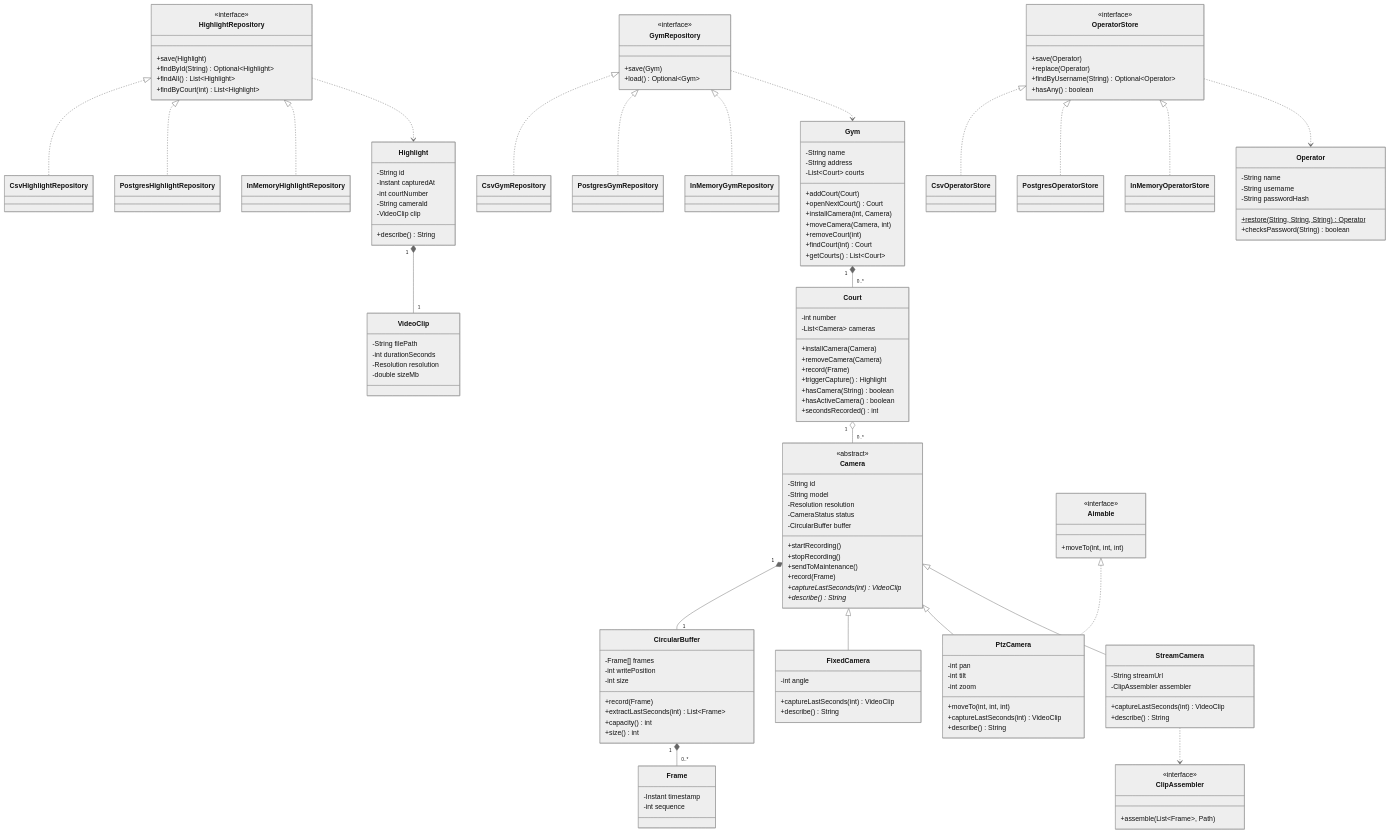
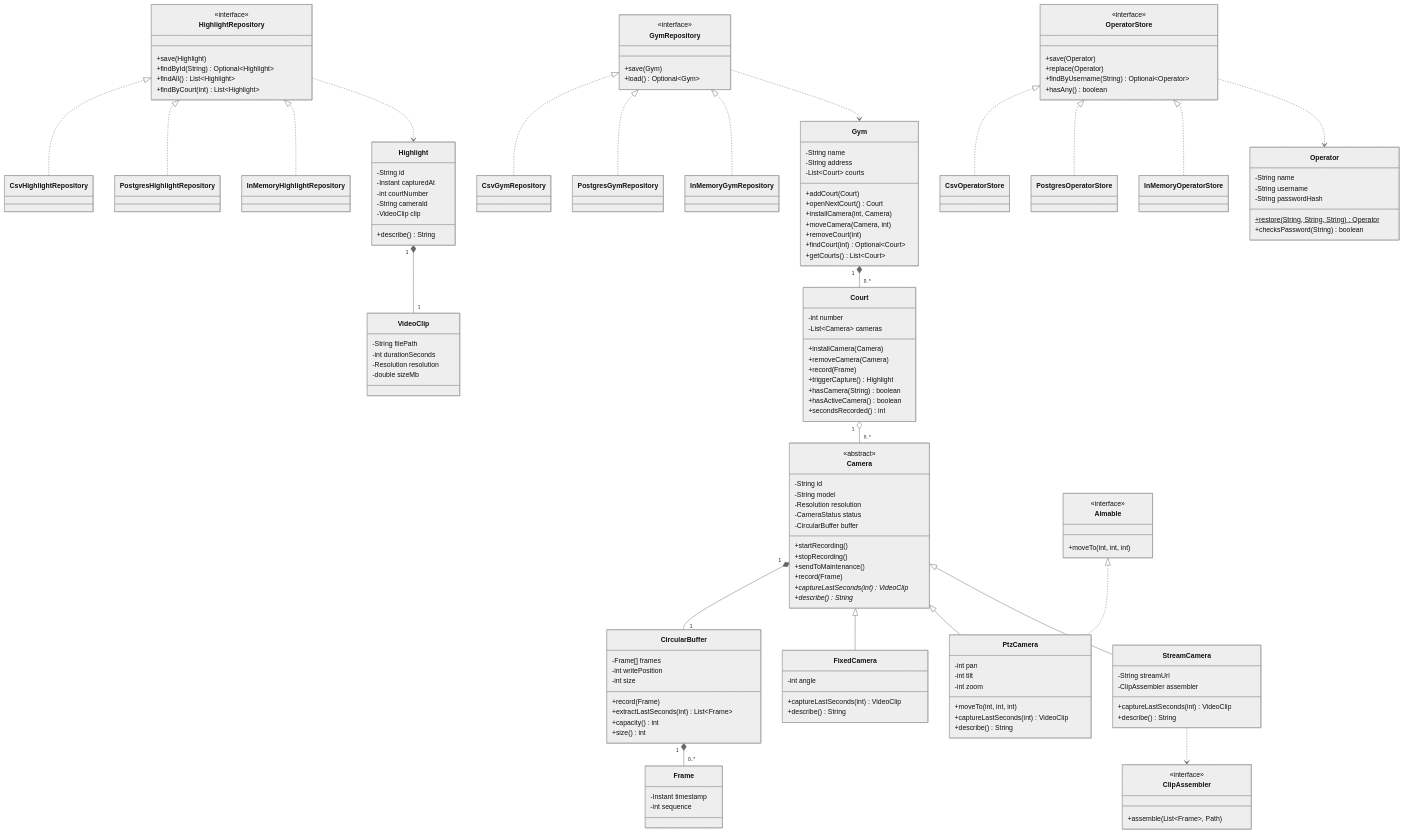
One commit to lorenzoficher/VarZinho changed the diagram in docs/DOMAIN-MODEL.md. Above: the diagram before and after it, drawn with Mermaid (neutral theme). The commit also changed 1 other file, not shown here.

Commit message:
show the optional court lookup in the domain model and the structure spec
Refs #221

```diff
--- a/docs/DOMAIN-MODEL.md
+++ b/docs/DOMAIN-MODEL.md
@@ -16,7 +16,7 @@
         +installCamera(int, Camera)
         +moveCamera(Camera, int)
         +removeCourt(int)
-        +findCourt(int) Court
+        +findCourt(int) Optional~Court~
         +getCourts() List~Court~
     }
 
```
